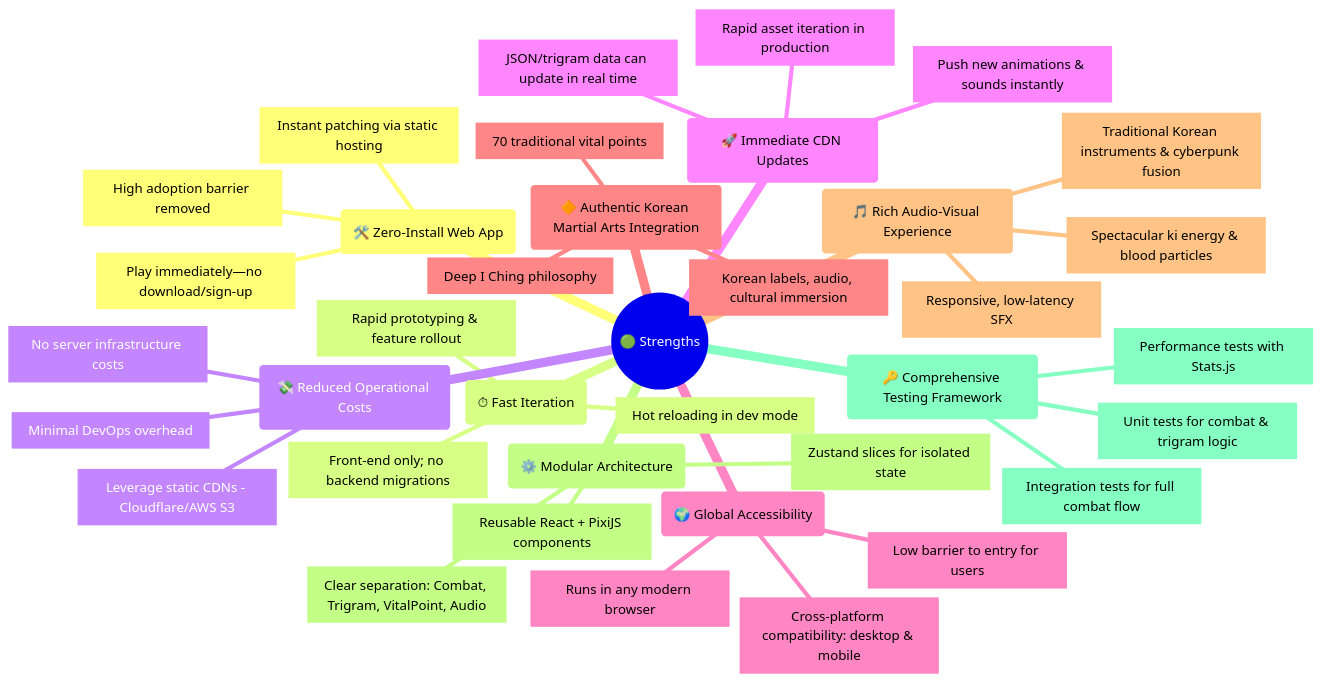
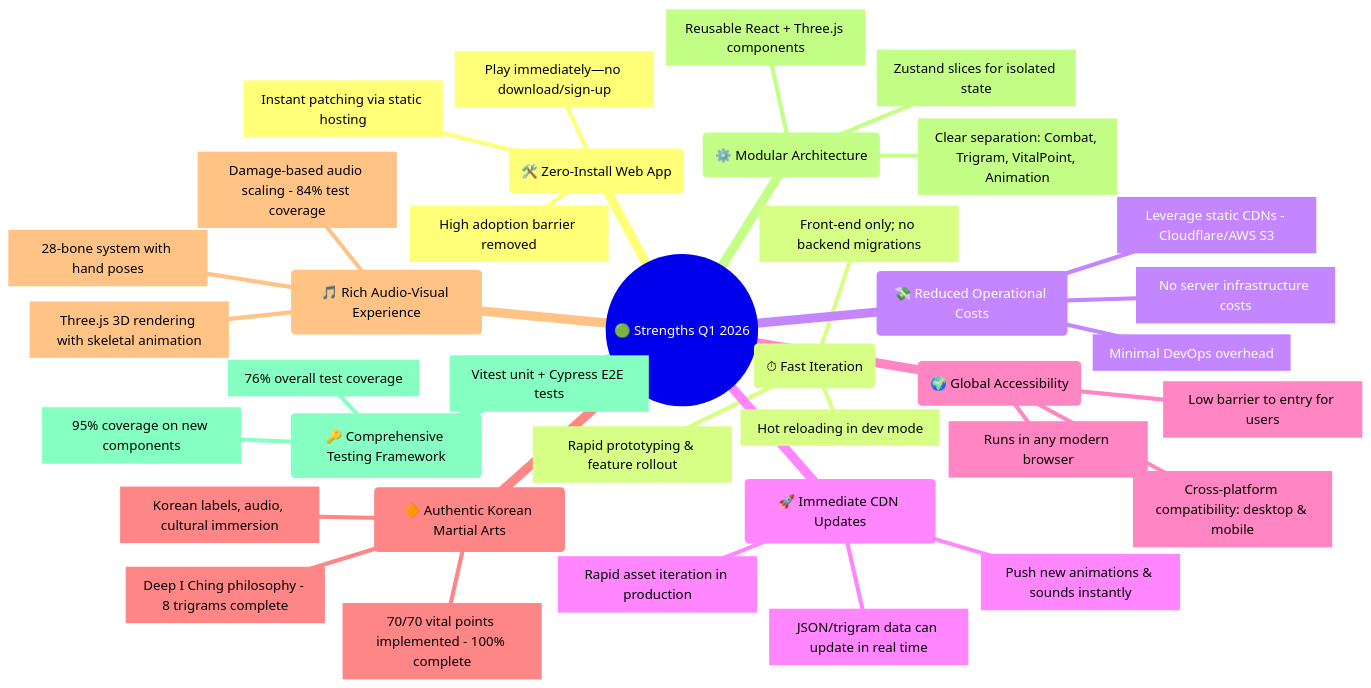
One commit to Hack23/blacktrigram changed the ninth of 22 diagrams in docs/api/media/ARCHITECTURE.md. Above: the diagram before and after it, drawn with Mermaid. The commit also changed other lines of this file and 1530 other files, not shown here.

````diff
--- a/docs/api/media/ARCHITECTURE.md
+++ b/docs/api/media/ARCHITECTURE.md
@@ -1070,40 +1306,40 @@
 ```mermaid
 mindmap
-  root((🟢 Strengths))
+  root((🟢 Strengths Q1 2026))
     id1(🛠️ Zero-Install Web App)
       id1.1[Play immediately—no download/sign-up]
       id1.2[Instant patching via static hosting]
       id1.3[High adoption barrier removed]
     id2(⏱ Fast Iteration)
       id2.1[Front-end only; no backend migrations]
       id2.2[Rapid prototyping & feature rollout]
       id2.3[Hot reloading in dev mode]
     id3(💸 Reduced Operational Costs)
       id3.1[No server infrastructure costs]
       id3.2[Leverage static CDNs - Cloudflare/AWS S3]
       id3.3[Minimal DevOps overhead]
     id4(🚀 Immediate CDN Updates)
       id4.1[Push new animations & sounds instantly]
       id4.2[JSON/trigram data can update in real time]
       id4.3[Rapid asset iteration in production]
     id5(🌍 Global Accessibility)
       id5.1[Runs in any modern browser]
       id5.2[Cross-platform compatibility: desktop & mobile]
       id5.3[Low barrier to entry for users]
-    id6(🔶 Authentic Korean Martial Arts Integration)
-      id6.1[Deep I Ching philosophy]
-      id6.2[70 traditional vital points]
+    id6(🔶 Authentic Korean Martial Arts)
+      id6.1[Deep I Ching philosophy - 8 trigrams complete]
+      id6.2[70/70 vital points implemented - 100% complete]
       id6.3[Korean labels, audio, cultural immersion]
     id7(🎵 Rich Audio-Visual Experience)
-      id7.1[Traditional Korean instruments & cyberpunk fusion]
-      id7.2[Spectacular ki energy & blood particles]
-      id7.3[Responsive, low-latency SFX]
+      id7.1[Three.js 3D rendering with skeletal animation]
+      id7.2[28-bone system with hand poses]
+      id7.3[Damage-based audio scaling - 84% test coverage]
     id8(⚙️ Modular Architecture)
-      id8.1[Clear separation: Combat, Trigram, VitalPoint, Audio]
-      id8.2[Reusable React + PixiJS components]
+      id8.1[Clear separation: Combat, Trigram, VitalPoint, Animation]
+      id8.2[Reusable React + Three.js components]
       id8.3[Zustand slices for isolated state]
     id9(🔑 Comprehensive Testing Framework)
-      id9.1[Unit tests for combat & trigram logic]
-      id9.2[Integration tests for full combat flow]
-      id9.3[Performance tests with Stats.js]
+      id9.1[76% overall test coverage]
+      id9.2[95% coverage on new components]
+      id9.3[Vitest unit + Cypress E2E tests]
 ```
````
